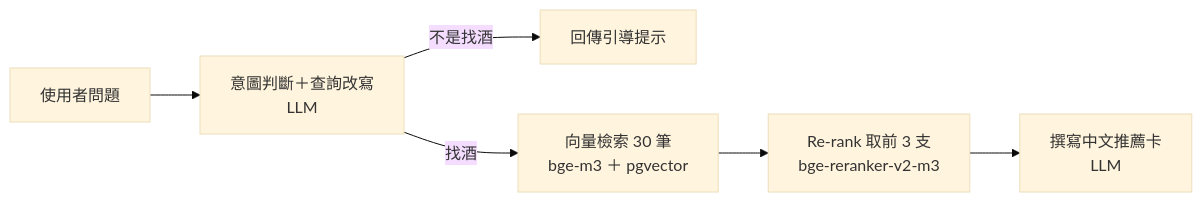
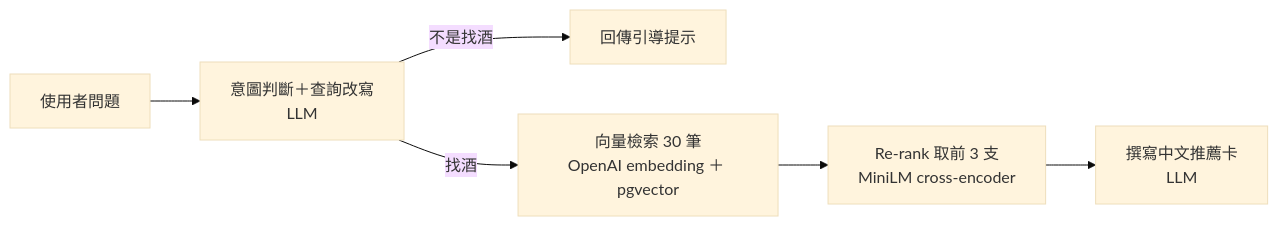
One commit to JareeeeedH/Whisky-Assistant changed the diagram in README.md. Above: the diagram before and after it, drawn with Mermaid (base theme). The commit also changed other lines of this file and 6 other files, not shown here.

First line of the commit message:
Switch to OpenAI embeddings and a small reranker

````diff
--- a/README.md
+++ b/README.md
@@ -17,8 +17,8 @@
 ```mermaid
 flowchart LR
     Q[使用者問題] --> A[意圖判斷＋查詢改寫<br/>LLM]
     A -->|不是找酒| N[回傳引導提示]
-    A -->|找酒| R[向量檢索 30 筆<br/>bge-m3 ＋ pgvector]
-    R --> K[Re-rank 取前 3 支<br/>bge-reranker-v2-m3]
+    A -->|找酒| R[向量檢索 30 筆<br/>OpenAI embedding ＋ pgvector]
+    R --> K[Re-rank 取前 3 支<br/>MiniLM cross-encoder]
     K --> G[撰寫中文推薦卡<br/>LLM]
 ```
````
